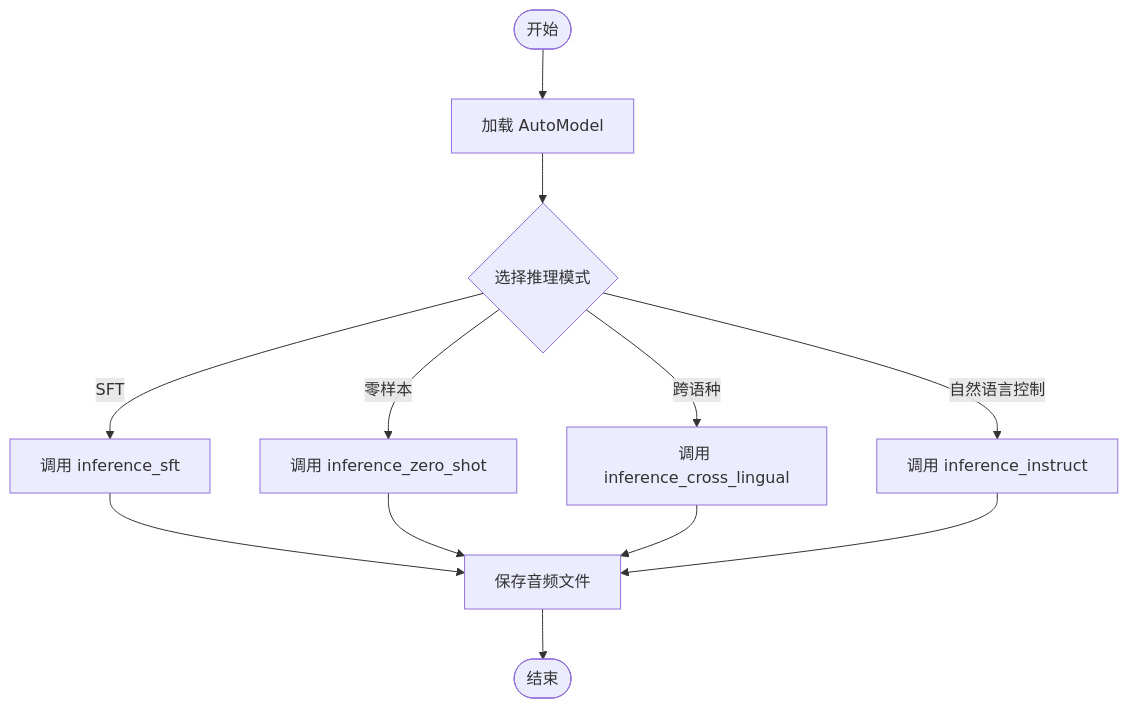
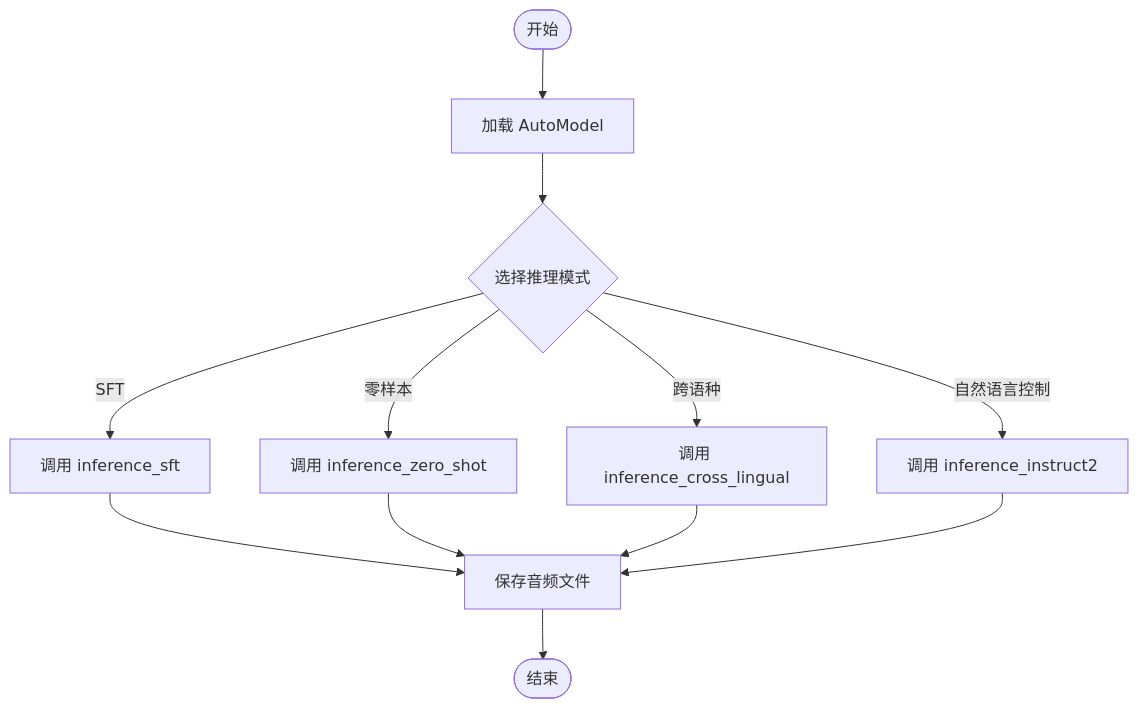
The third of 6 diagrams in .qoder/repowiki/zh/content/快速开始.md (BruceLee569/CosyVoice), drawn with Mermaid before and after one commit. The commit also changed other lines of this file and 8 other files, not shown here.

````diff
--- a/.qoder/repowiki/zh/content/快速开始.md
+++ b/.qoder/repowiki/zh/content/快速开始.md
@@ -119,14 +119,14 @@
 ```mermaid
 flowchart TD
 Start(["开始"]) --> Load["加载 AutoModel"]
 Load --> Mode{"选择推理模式"}
 Mode --> |SFT| SFT["调用 inference_sft"]
 Mode --> |零样本| ZS["调用 inference_zero_shot"]
 Mode --> |跨语种| CL["调用 inference_cross_lingual"]
-Mode --> |自然语言控制| INSTR["调用 inference_instruct"]
+Mode --> |自然语言控制| INSTR["调用 inference_instruct2"]
 SFT --> Save["保存音频文件"]
 ZS --> Save
 CL --> Save
 INSTR --> Save
 Save --> End(["结束"])
 ```
````
